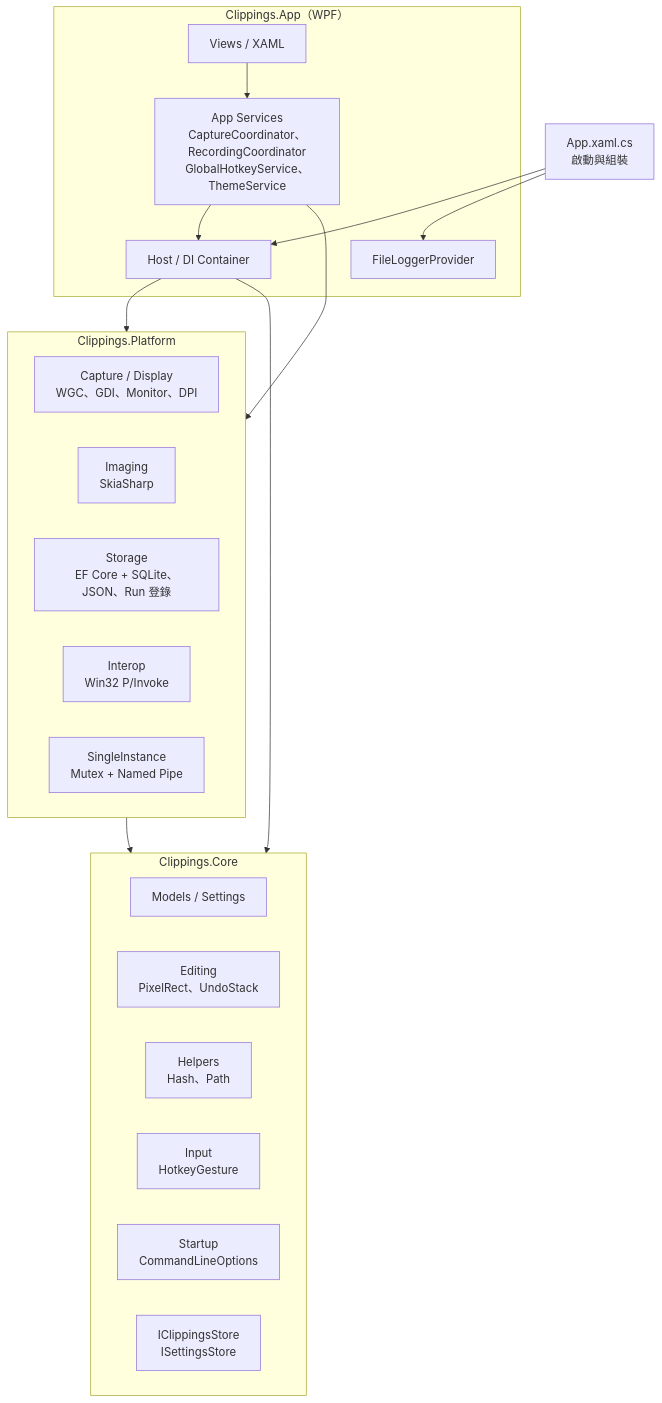
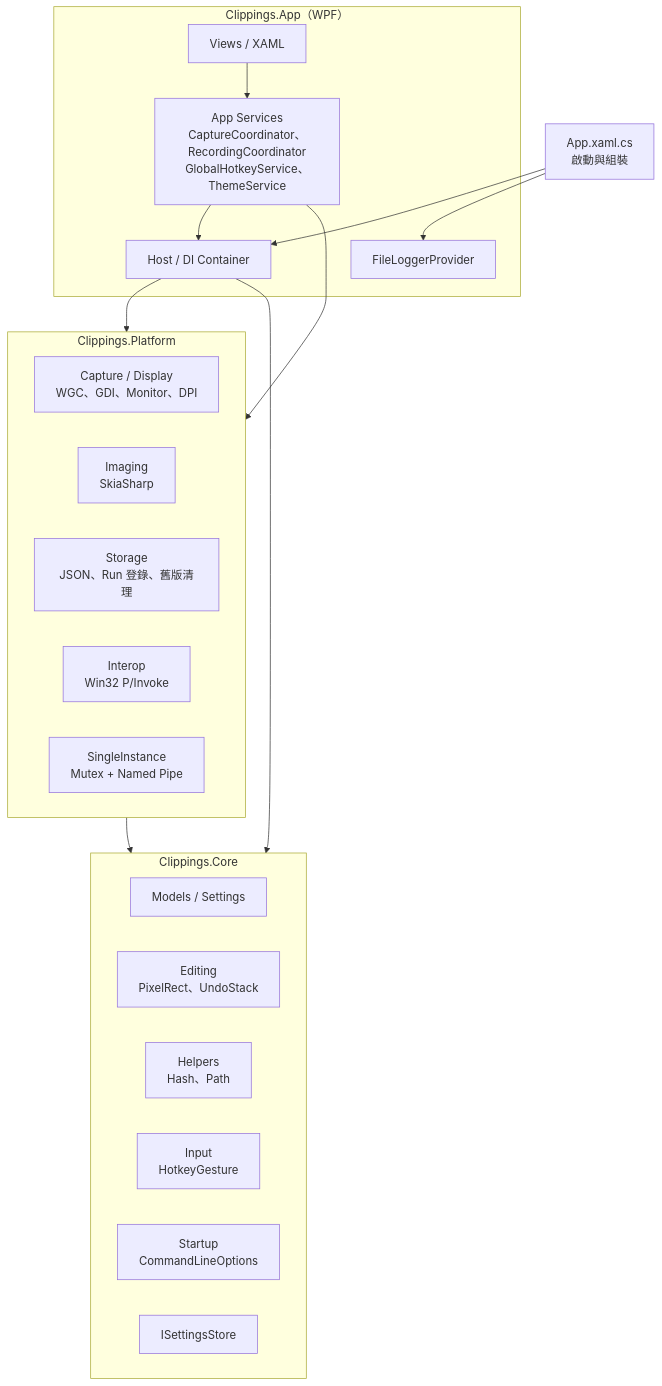
Before and after one commit to mark216tw/win-clippings-02: the first of 7 diagrams in docs/ARCHITECTURE.md, drawn with Mermaid. The commit also changed other lines of this file and 28 other files, not shown here.

Commit message:
Release v1.28.2: faster startup, lazy main window, and remove EF Core/SQLite

````diff
--- a/docs/ARCHITECTURE.md
+++ b/docs/ARCHITECTURE.md
@@ -19,35 +19,35 @@
 ```mermaid
 flowchart TB
     subgraph App["Clippings.App（WPF）"]
         UI["Views / XAML"]
         SVC["App Services<br/>CaptureCoordinator、RecordingCoordinator<br/>GlobalHotkeyService、ThemeService"]
         DI["Host / DI Container"]
         LOG["FileLoggerProvider"]
     end
 
     subgraph Platform["Clippings.Platform"]
         CAP["Capture / Display<br/>WGC、GDI、Monitor、DPI"]
         IMG["Imaging<br/>SkiaSharp"]
-        STORE["Storage<br/>EF Core + SQLite、JSON、Run 登錄"]
+        STORE["Storage<br/>JSON、Run 登錄、舊版清理"]
         INT["Interop<br/>Win32 P/Invoke"]
         SI["SingleInstance<br/>Mutex + Named Pipe"]
     end
 
     subgraph Core["Clippings.Core"]
         MODEL["Models / Settings"]
         EDIT["Editing<br/>PixelRect、UndoStack"]
         HELP["Helpers<br/>Hash、Path"]
         INPUT["Input<br/>HotkeyGesture"]
         START["Startup<br/>CommandLineOptions"]
-        ISTORE["IClippingsStore<br/>ISettingsStore"]
+        ISTORE["ISettingsStore"]
     end
 
     UI --> SVC
     SVC --> DI
     SVC --> Platform
     DI --> Platform
     DI --> Core
     Platform --> Core
     APPX["App.xaml.cs<br/>啟動與組裝"] --> DI
     APPX --> LOG
 ```
````
